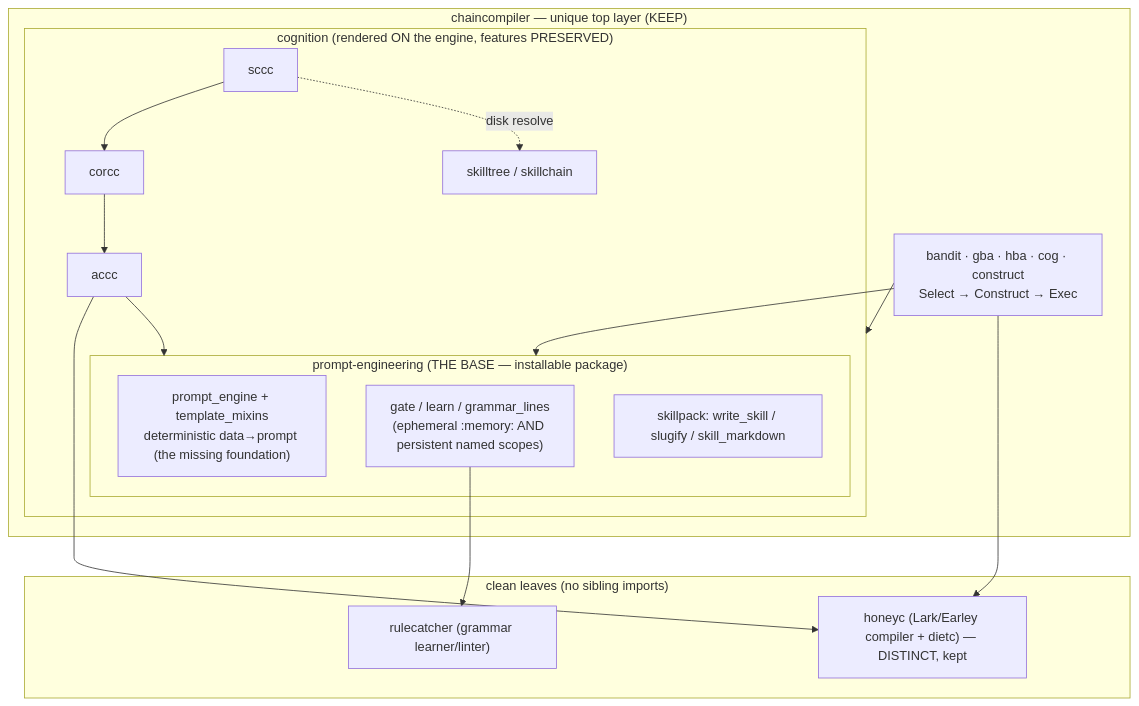
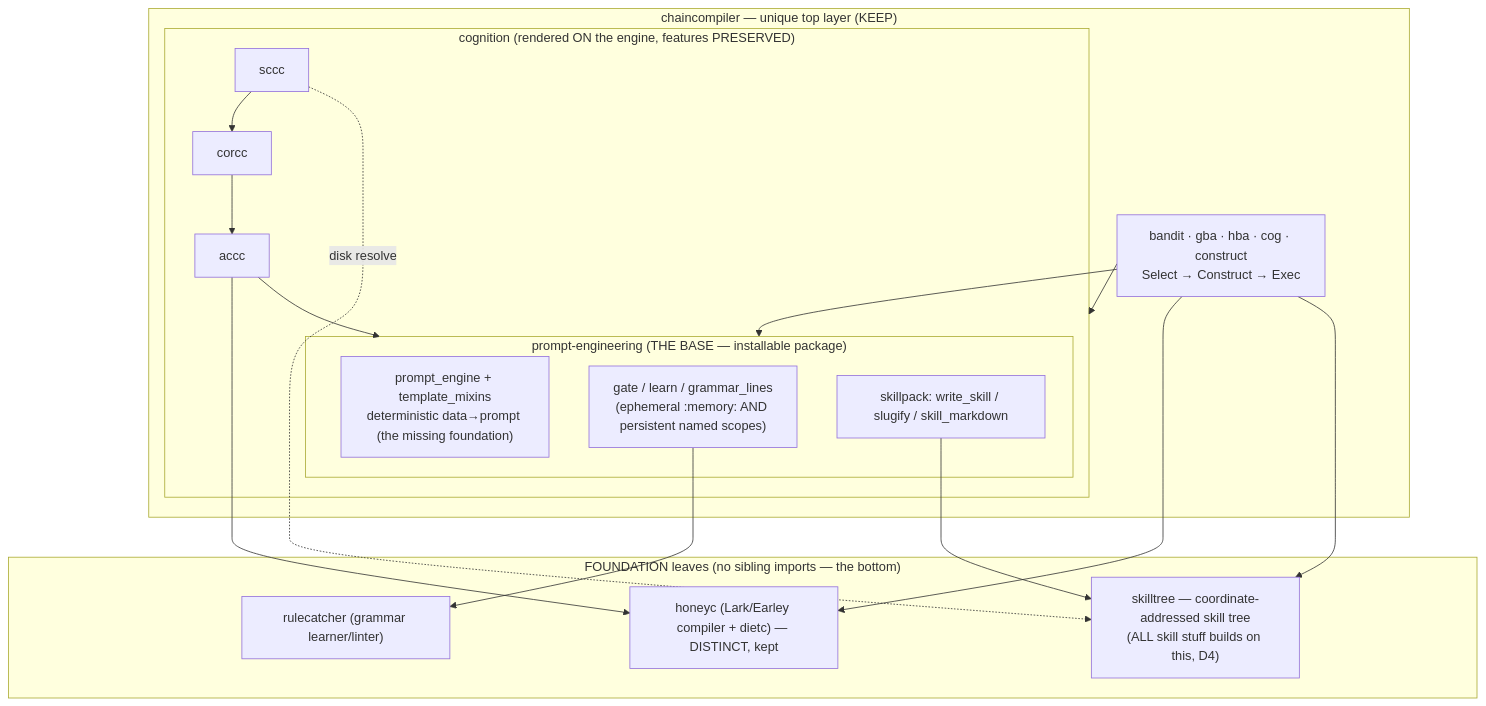
One commit to sancovp/chaincompiler changed the first of 2 diagrams in REBUILD-SPEC.md. Above: the diagram before and after it, drawn with Mermaid. The commit also changed other lines of this file, not shown here.

Commit message:
REBUILD-SPEC: skilltree is the bottom-level foundation (D4); all skill-packaging built on it

````diff
--- a/REBUILD-SPEC.md
+++ b/REBUILD-SPEC.md
@@ -62,25 +67,28 @@
 ```mermaid
 flowchart TB
   subgraph BASE["prompt-engineering  (THE BASE — installable package)"]
     pe["prompt_engine + template_mixins<br/>deterministic data→prompt (the missing foundation)"]
     gate["gate / learn / grammar_lines<br/>(ephemeral :memory: AND persistent named scopes)"]
     sp["skillpack: write_skill / slugify / skill_markdown"]
   end
-  subgraph LEAVES["clean leaves (no sibling imports)"]
+  subgraph LEAVES["FOUNDATION leaves (no sibling imports — the bottom)"]
+    st["skilltree — coordinate-addressed skill tree<br/>(ALL skill stuff builds on this, D4)"]
     rc["rulecatcher (grammar learner/linter)"]
     hc["honeyc (Lark/Earley compiler + dietc) — DISTINCT, kept"]
   end
   subgraph COG["cognition (rendered ON the engine, features PRESERVED)"]
     accc --> BASE
     corcc --> accc
     sccc --> corcc
     accc --> hc
-    sccc -.disk resolve.-> ST["skilltree / skillchain"]
+    sccc -.disk resolve.-> st
   end
   subgraph AIOS["chaincompiler — unique top layer (KEEP)"]
     cc["bandit · gba · hba · cog · construct<br/>Select → Construct → Exec"] --> COG
     cc --> BASE
     cc --> hc
+    cc --> st
   end
   gate --> rc
+  sp --> st
 ```
````
